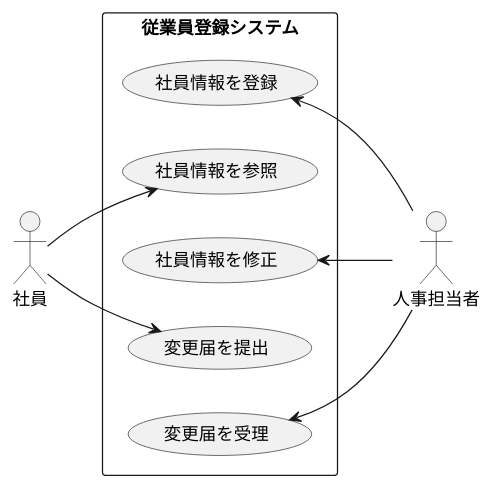
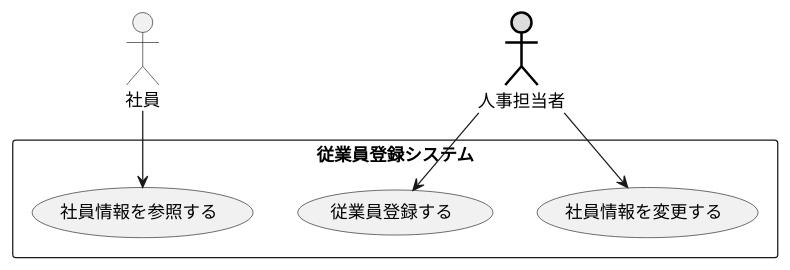
The diagram in 演習2-6_盛岡システム_従業員登録システム.pu (tanumahikaru/uml-into), drawn with PlantUML before and after one commit.

```diff
--- a/演習2-6_盛岡システム_従業員登録システム.pu
+++ b/演習2-6_盛岡システム_従業員登録システム.pu
@@ -1,18 +1,13 @@
-@startuml 従業員登録システム
-left to right direction
-actor 社員
-actor 人事担当者
-rectangle 従業員登録システム {
-    usecase 社員情報を登録
-    usecase 社員情報を参照
-    usecase 社員情報を修正
-    usecase 変更届を提出
-    usecase 変更届を受理
-
-}
-社員情報を登録 <-- 人事担当者
-社員 --> 変更届を提出
-社員 --> 社員情報を参照
-変更届を受理 <-- 人事担当者
-社員情報を修正 <-- 人事担当者
+@startuml 盛岡システム（株）
+    ' left to right direction
+    actor 社員 as 3
+    actor 人事担当者 as 1 #DDDDDD;line:black;line.bold;
+    rectangle 従業員登録システム {
+    usecase 従業員登録する as 2
+    usecase 社員情報を参照する as 4
+    usecase 社員情報を変更する as 5
+    }
+    1 --> 2
+    3 --> 4
+    1 --> 5
 @enduml
```
